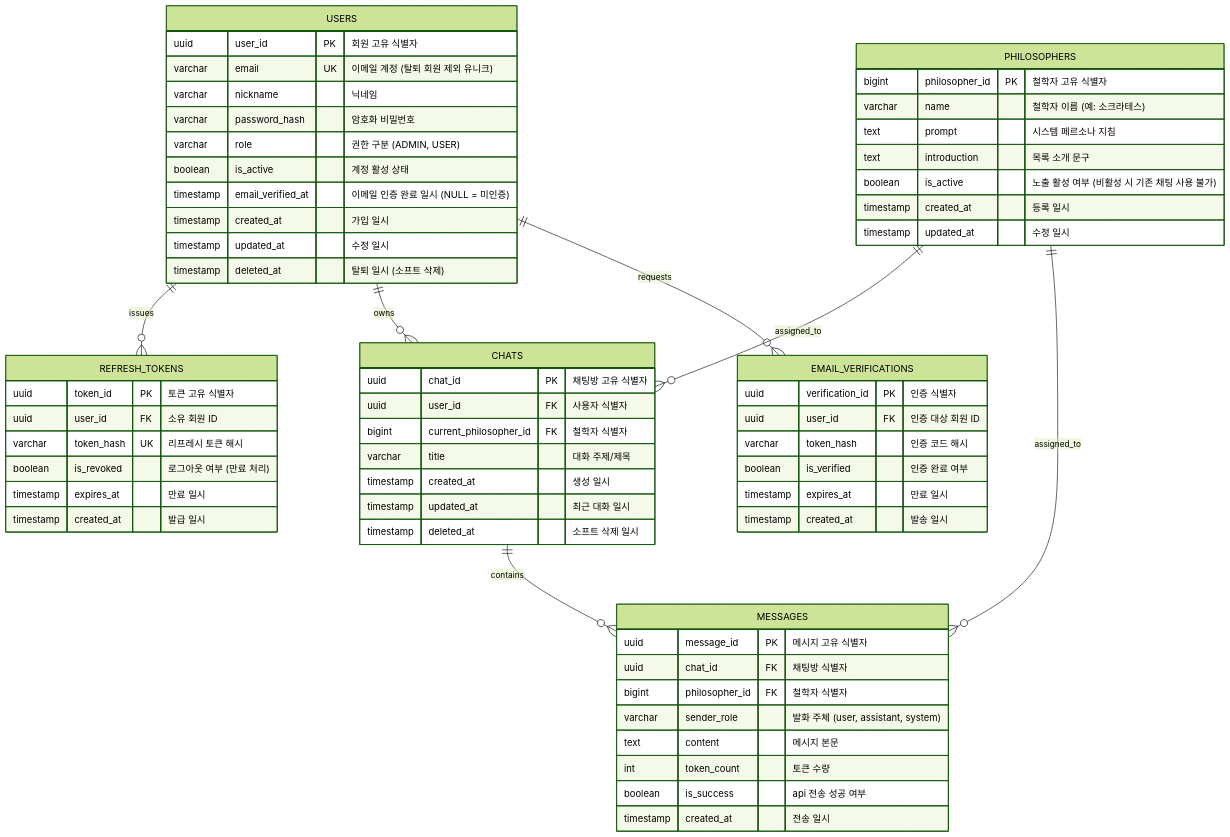
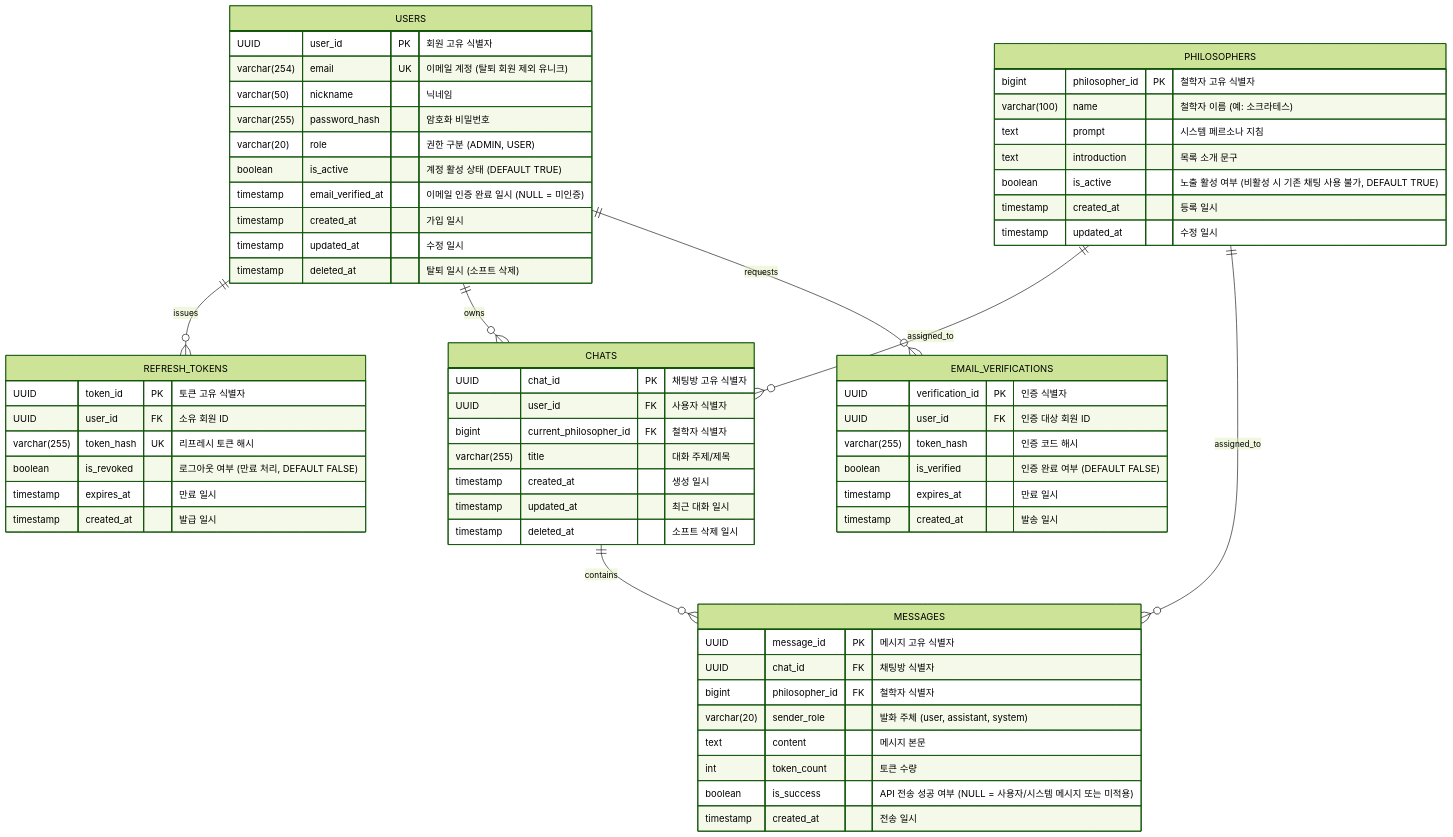
One commit to cody-b7-1/b7-1 changed the diagram in docs/erd.md. Above: the diagram before and after it, drawn with Mermaid (forest theme). The commit also changed other lines of this file, not shown here.

Commit message:
docs: varchar 길이, boolean default

````diff
--- a/docs/erd.md
+++ b/docs/erd.md
@@ -1,71 +3,71 @@
 ```mermaid
 erDiagram
     USERS ||--o{ REFRESH_TOKENS : "issues"
     USERS ||--o{ CHATS : "owns"
     USERS ||--o{ EMAIL_VERIFICATIONS : "requests"
     PHILOSOPHERS ||--o{ CHATS : "assigned_to"
     PHILOSOPHERS ||--o{ MESSAGES : "assigned_to"
     CHATS ||--o{ MESSAGES : "contains"
 
     USERS {
-        uuid user_id PK "회원 고유 식별자"
-        varchar email UK "이메일 계정 (탈퇴 회원 제외 유니크)"
-        varchar nickname "닉네임"
-        varchar password_hash "암호화 비밀번호"
-        varchar role "권한 구분 (ADMIN, USER)"
-        boolean is_active "계정 활성 상태"
+        UUID user_id PK "회원 고유 식별자"
+        varchar(254) email UK "이메일 계정 (탈퇴 회원 제외 유니크)"
+        varchar(50) nickname "닉네임"
+        varchar(255) password_hash "암호화 비밀번호"
+        varchar(20) role "권한 구분 (ADMIN, USER)"
+        boolean is_active "계정 활성 상태 (DEFAULT TRUE)"
         timestamp email_verified_at "이메일 인증 완료 일시 (NULL = 미인증)"
         timestamp created_at "가입 일시"
         timestamp updated_at "수정 일시"
         timestamp deleted_at "탈퇴 일시 (소프트 삭제)"
     }
 
     EMAIL_VERIFICATIONS {
-        uuid verification_id PK "인증 식별자"
-        uuid user_id FK "인증 대상 회원 ID"
-        varchar token_hash "인증 코드 해시"
-        boolean is_verified "인증 완료 여부"
+        UUID verification_id PK "인증 식별자"
+        UUID user_id FK "인증 대상 회원 ID"
+        varchar(255) token_hash "인증 코드 해시"
+        boolean is_verified "인증 완료 여부 (DEFAULT FALSE)"
         timestamp expires_at "만료 일시"
         timestamp created_at "발송 일시"
     }
 
     REFRESH_TOKENS {
-        uuid token_id PK "토큰 고유 식별자"
-        uuid user_id FK "소유 회원 ID"
-        varchar token_hash UK "리프레시 토큰 해시"
-        boolean is_revoked "로그아웃 여부 (만료 처리)"
+        UUID token_id PK "토큰 고유 식별자"
+        UUID user_id FK "소유 회원 ID"
+        varchar(255) token_hash UK "리프레시 토큰 해시"
+        boolean is_revoked "로그아웃 여부 (만료 처리, DEFAULT FALSE)"
         timestamp expires_at "만료 일시"
         timestamp created_at "발급 일시"
     }
 
     PHILOSOPHERS {
         bigint philosopher_id PK "철학자 고유 식별자"
-        varchar name "철학자 이름 (예: 소크라테스)"
+        varchar(100) name "철학자 이름 (예: 소크라테스)"
         text prompt "시스템 페르소나 지침"
         text introduction "목록 소개 문구"
-        boolean is_active "노출 활성 여부 (비활성 시 기존 채팅 사용 불가)"
+        boolean is_active "노출 활성 여부 (비활성 시 기존 채팅 사용 불가, DEFAULT TRUE)"
         timestamp created_at "등록 일시"
         timestamp updated_at "수정 일시"
     }
 
     CHATS {
-        uuid chat_id PK "채팅방 고유 식별자"
-        uuid user_id FK "사용자 식별자"
+        UUID chat_id PK "채팅방 고유 식별자"
+        UUID user_id FK "사용자 식별자"
         bigint current_philosopher_id FK "철학자 식별자"
-        varchar title "대화 주제/제목"
+        varchar(255) title "대화 주제/제목"
         timestamp created_at "생성 일시"
         timestamp updated_at "최근 대화 일시"
         timestamp deleted_at "소프트 삭제 일시"
     }
 
     MESSAGES {
-        uuid message_id PK "메시지 고유 식별자"
-        uuid chat_id FK "채팅방 식별자"
+        UUID message_id PK "메시지 고유 식별자"
+        UUID chat_id FK "채팅방 식별자"
         bigint philosopher_id FK "철학자 식별자"
-        varchar sender_role "발화 주체 (user, assistant, system)"
+        varchar(20) sender_role "발화 주체 (user, assistant, system)"
         text content "메시지 본문"
         int token_count "토큰 수량"
-        boolean is_success "api 전송 성공 여부"
+        boolean is_success "API 전송 성공 여부 (NULL = 사용자/시스템 메시지 또는 미적용)"
         timestamp created_at "전송 일시"
     }
 ```
````
